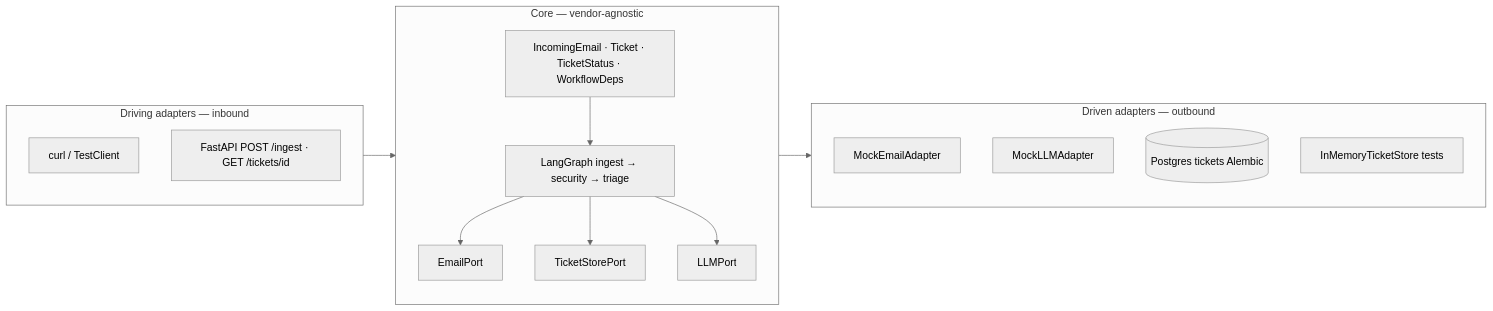
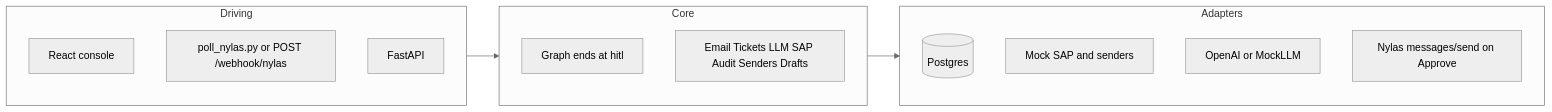
One commit to Jtomaspires/AP-wokflow changed the second of 4 diagrams in docs/diagrams/LAB_CALL_DIAGRAMS.md. Above: the diagram before and after it, drawn with Mermaid (neutral theme). The commit also changed other lines of this file and 138 other files, not shown here.

````diff
--- a/docs/diagrams/LAB_CALL_DIAGRAMS.md
+++ b/docs/diagrams/LAB_CALL_DIAGRAMS.md
@@ -17,27 +42,19 @@
 ```mermaid
 flowchart LR
-  subgraph IN["Driving adapters — inbound"]
-    CURL["curl / TestClient"]
-    API["FastAPI POST /ingest · GET /tickets/id"]
+  subgraph IN["Driving"]
+    UI["React console"]
+    INBOX["poll_nylas.py or POST /webhook/nylas"]
+    API["FastAPI"]
   end
-
-  subgraph HEX["Core — vendor-agnostic"]
-    M["IncomingEmail · Ticket · TicketStatus · WorkflowDeps"]
-    WF["LangGraph ingest → security → triage"]
-    PE["EmailPort"]
-    PT["TicketStorePort"]
-    PL["LLMPort"]
-    M --> WF --> PE
-    WF --> PT
-    WF --> PL
+  subgraph CORE["Core"]
+    SPINE["Graph ends at hitl"]
+    PORTS["Email Tickets LLM SAP Audit Senders Drafts"]
   end
-
-  subgraph OUT["Driven adapters — outbound"]
-    EM["MockEmailAdapter"]
-    LLM["MockLLMAdapter"]
-    PG[("Postgres tickets Alembic")]
-    MEM["InMemoryTicketStore tests"]
+  subgraph AD["Adapters"]
+    PG[("Postgres")]
+    MOCK["Mock SAP and senders"]
+    LLM["OpenAI or MockLLM"]
+    SEND["Nylas messages/send on Approve"]
   end
-
-  IN --> HEX --> OUT
+  IN --> CORE --> AD
 ```
````
